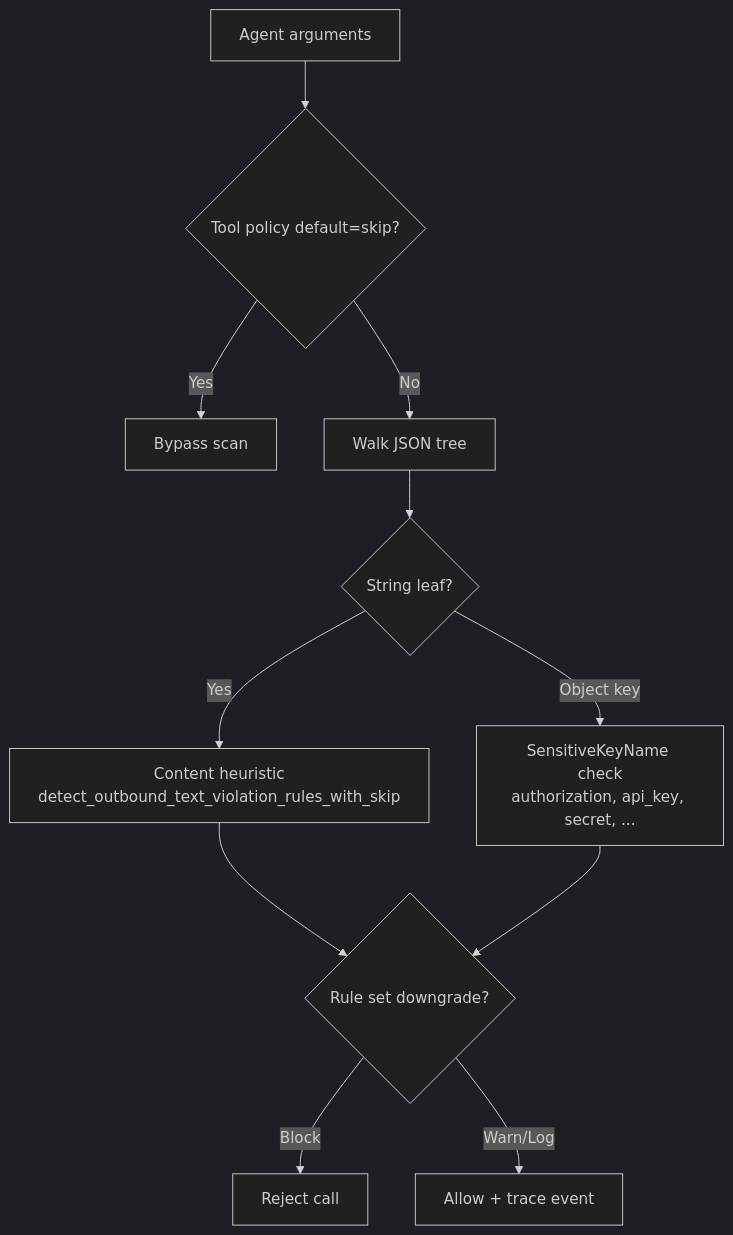
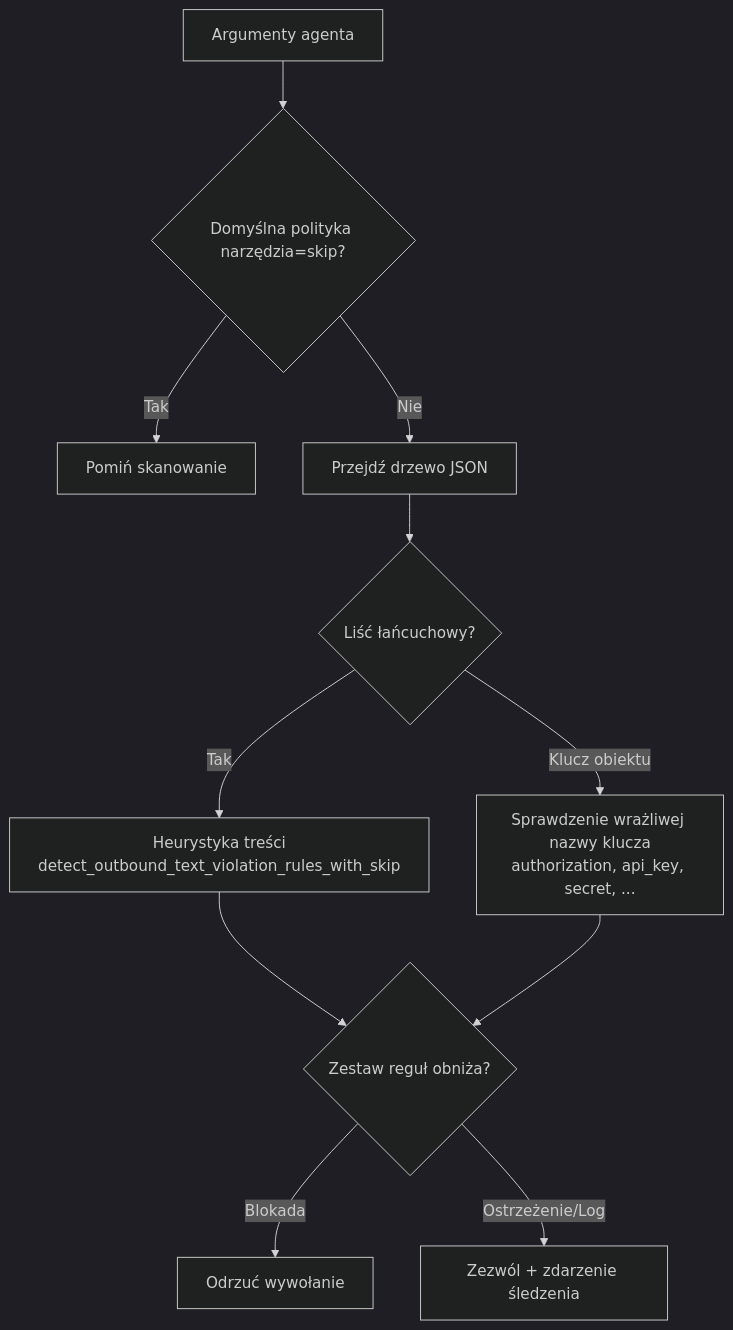
One commit to leszek3737/librefang-WIki changed the second of 2 diagrams in crates-librefang-runtime-mcp.md. Above: the diagram before and after it, drawn with Mermaid (dark theme). The commit also changed other lines of this file and 104 other files, not shown here.

````diff
--- a/crates-librefang-runtime-mcp.md
+++ b/crates-librefang-runtime-mcp.md
@@ -100,13 +100,13 @@
 ```mermaid
 graph TD
-    A[Agent arguments] --> B{Tool policy default=skip?}
-    B -->|Yes| C[Bypass scan]
-    B -->|No| D[Walk JSON tree]
-    D --> E{String leaf?}
-    E -->|Yes| F[Content heuristic<br/>detect_outbound_text_violation_rules_with_skip]
-    E -->|Object key| G[SensitiveKeyName check<br/>authorization, api_key, secret, ...]
-    F --> H{Rule set downgrade?}
+    A[Argumenty agenta] --> B{Domyślna polityka narzędzia=skip?}
+    B -->|Tak| C[Pomiń skanowanie]
+    B -->|Nie| D[Przejdź drzewo JSON]
+    D --> E{Liść łańcuchowy?}
+    E -->|Tak| F[Heurystyka treści<br/>detect_outbound_text_violation_rules_with_skip]
+    E -->|Klucz obiektu| G[Sprawdzenie wrażliwej nazwy klucza<br/>authorization, api_key, secret, ...]
+    F --> H{Zestaw reguł obniża?}
     G --> H
-    H -->|Block| I[Reject call]
-    H -->|Warn/Log| J[Allow + trace event]
+    H -->|Blokada| I[Odrzuć wywołanie]
+    H -->|Ostrzeżenie/Log| J[Zezwól + zdarzenie śledzenia]
 ```
````
